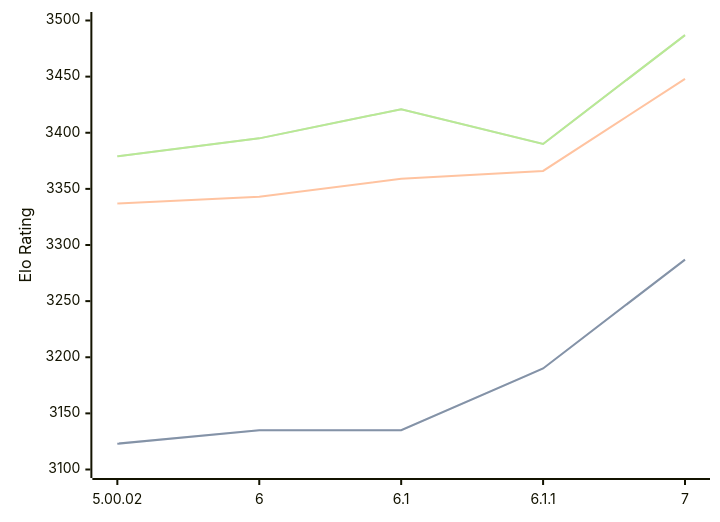
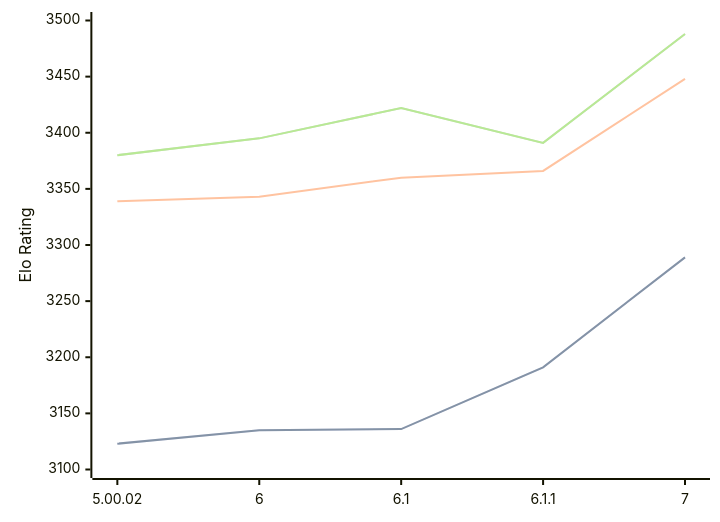
One commit to computer-chess-index/cci changed the diagram in engines/Zangdar.md. Above: the diagram before and after it, drawn with Mermaid. The commit also changed other lines of this file, not shown here.

Commit message:
Update CCI Ratings (ELO VLTC) - 2026-08-05

````diff
--- a/engines/Zangdar.md
+++ b/engines/Zangdar.md
@@ -47,11 +47,11 @@
 ```mermaid
 %%{init: {"theme":"base","themeVariables":{"seriesColors:['#a3a3a3','#222221','#faa371']}}}%%
 xychart-beta
   x-axis ["5.00.02", "6", "6.1", "6.1.1", "7"]
   y-axis "Elo Rating" 3100 --> 3500
-  line "STC (8.0+0.08s)" [3123, 3135, 3135, 3190, 3287]
-  line "STC (8.0+0.08s)" [3123, 3135, 3135, 3190, 3287]
-  line "LTC (60.0+0.60s)" [3337, 3343, 3359, 3366, 3448]
-  line "VLTC (2m24s+1.12s)" [3379, 3395, 3421, 3390, 3487]
-  line "VLTC (2m24s+1.12s)" [3379, 3395, 3421, 3390, 3487]
+  line "STC (8.0+0.08s)" [3123, 3135, 3136, 3191, 3289]
+  line "STC (8.0+0.08s)" [3123, 3135, 3136, 3191, 3289]
+  line "LTC (60.0+0.60s)" [3339, 3343, 3360, 3366, 3448]
+  line "VLTC (2m24s+1.12s)" [3380, 3395, 3422, 3391, 3488]
+  line "VLTC (2m24s+1.12s)" [3380, 3395, 3422, 3391, 3488]
 ```
````
